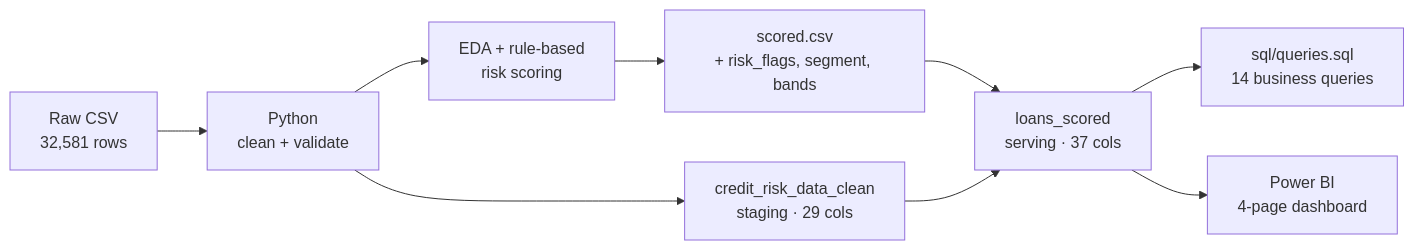
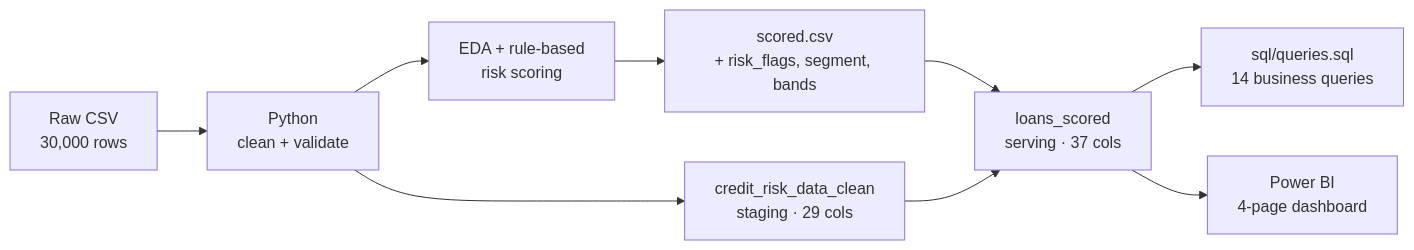
One commit to Hangbui-stp/Credit-Risk-Analytics-Nova-Bank changed the diagram in README.md. Above: the diagram before and after it, drawn with Mermaid. The commit also changed other lines of this file, not shown here.

Commit message:
README.md

````diff
--- a/README.md
+++ b/README.md
@@ -82,11 +82,11 @@
 ```mermaid
 flowchart LR
-    A["Raw CSV<br/>32,581 rows"] --> B["Python<br/>clean + validate"]
+    A["Raw CSV<br/>30,000 rows"] --> B["Python<br/>clean + validate"]
     B --> C["credit_risk_data_clean<br/>staging · 29 cols"]
     B --> D["EDA + rule-based<br/>risk scoring"]
     D --> E["scored.csv<br/>+ risk_flags, segment, bands"]
     E --> F["loans_scored<br/>serving · 37 cols"]
     C --> F
     F --> G["sql/queries.sql<br/>14 business queries"]
     F --> H["Power BI<br/>4-page dashboard"]
 ```
````
